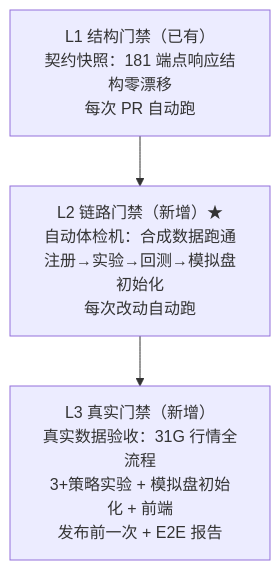
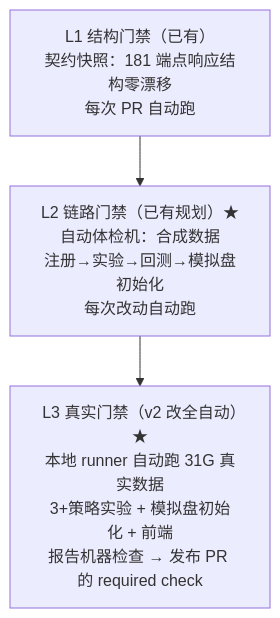
The seventh of 8 diagrams in docs/WORKFLOW_UPDATE_PLAN.md (feng653/quant-lean), drawn with Mermaid before and after one commit. The commit also changed other lines of this file, not shown here.

````diff
--- a/docs/WORKFLOW_UPDATE_PLAN.md
+++ b/docs/WORKFLOW_UPDATE_PLAN.md
@@ -200,7 +215,7 @@
 ```mermaid
 flowchart TB
     L1["L1 结构门禁（已有）<br/>契约快照：181 端点响应结构零漂移<br/>每次 PR 自动跑"]
-    L2["L2 链路门禁（新增）★<br/>自动体检机：合成数据跑通<br/>注册→实验→回测→模拟盘初始化<br/>每次改动自动跑"]
-    L3["L3 真实门禁（新增）<br/>真实数据验收：31G 行情全流程<br/>3+策略实验 + 模拟盘初始化 + 前端<br/>发布前一次 + E2E 报告"]
+    L2["L2 链路门禁（已有规划）★<br/>自动体检机：合成数据<br/>注册→实验→回测→模拟盘初始化<br/>每次改动自动跑"]
+    L3["L3 真实门禁（v2 改全自动）★<br/>本地 runner 自动跑 31G 真实数据<br/>3+策略实验 + 模拟盘初始化 + 前端<br/>报告机器检查 → 发布 PR 的 required check"]
     L1 --> L2 --> L3
 ```
````
